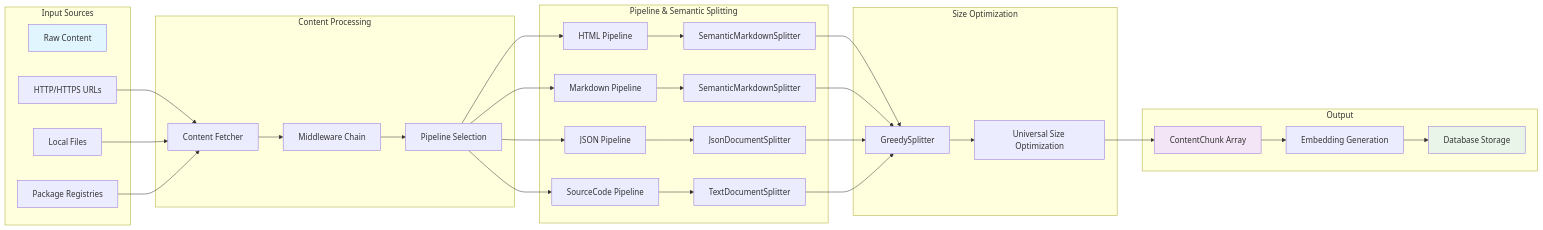
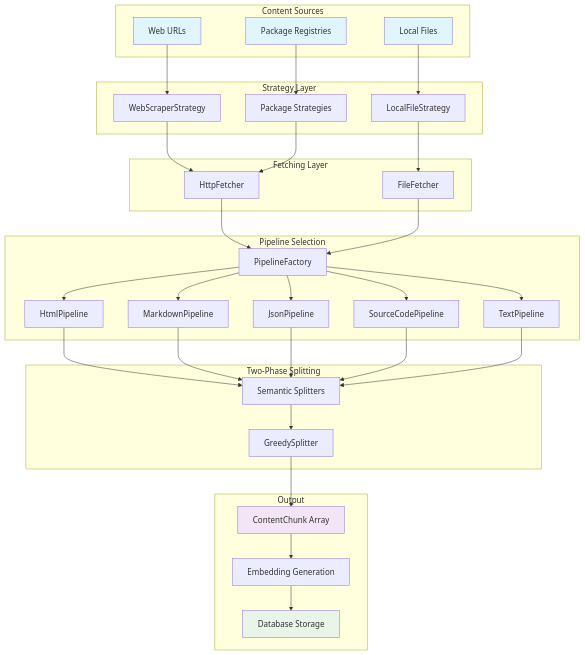
The first of 4 diagrams in docs/content-processing.md (arabold/docs-mcp-server), drawn with Mermaid before and after one commit. The commit also changed other lines of this file and 2 other files, not shown here.

Commit message:
docs: update architecture and content processing documentation for clarity and structure

````diff
--- a/docs/content-processing.md
+++ b/docs/content-processing.md
@@ -124,57 +77,73 @@
 ```mermaid
-graph LR
-    subgraph "Input Sources"
-        A[Raw Content]
-        A1[HTTP/HTTPS URLs]
+graph TD
+    subgraph "Content Sources"
+        A1[Web URLs]
         A2[Local Files]
         A3[Package Registries]
     end
 
-    subgraph "Content Processing"
-        B[Content Fetcher]
-        C[Middleware Chain]
-        D[Pipeline Selection]
+    subgraph "Strategy Layer"
+        B1[WebScraperStrategy]
+        B2[LocalFileStrategy]
+        B3[Package Strategies]
     end
 
-    subgraph "Pipeline & Semantic Splitting"
-        E[HTML Pipeline] --> E1[SemanticMarkdownSplitter]
-        F[Markdown Pipeline] --> F1[SemanticMarkdownSplitter]
-        G[JSON Pipeline] --> G1[JsonDocumentSplitter]
-        H[SourceCode Pipeline] --> H1[TextDocumentSplitter]
+    subgraph "Fetching Layer"
+        C1[HttpFetcher]
+        C2[FileFetcher]
     end
 
-    subgraph "Size Optimization"
-        J[GreedySplitter]
-        K[Universal Size Optimization]
+    subgraph "Pipeline Selection"
+        D[PipelineFactory]
+        E1[HtmlPipeline]
+        E2[MarkdownPipeline]
+        E3[JsonPipeline]
+        E4[SourceCodePipeline]
+        E5[TextPipeline]
+    end
+
+    subgraph "Two-Phase Splitting"
+        F1[Semantic Splitters]
+        F2[GreedySplitter]
     end
 
     subgraph "Output"
-        L[ContentChunk Array]
-        M[Embedding Generation]
-        N[Database Storage]
+        G[ContentChunk Array]
+        H[Embedding Generation]
+        I[Database Storage]
     end
 
-    A1 --> B
-    A2 --> B
-    A3 --> B
-    B --> C
-    C --> D
-    D --> E
-    D --> F
-    D --> G
-    D --> H
+    A1 --> B1
+    A2 --> B2
+    A3 --> B3
 
-    E1 --> J
-    F1 --> J
-    G1 --> J
-    H1 --> J
+    B1 --> C1
+    B2 --> C2
+    B3 --> C1
 
-    J --> K
-    K --> L
-    L --> M
-    M --> N
+    C1 --> D
+    C2 --> D
 
-    style A fill:#e1f5fe
-    style L fill:#f3e5f5
-    style N fill:#e8f5e8
+    D --> E1
+    D --> E2
+    D --> E3
+    D --> E4
+    D --> E5
+
+    E1 --> F1
+    E2 --> F1
+    E3 --> F1
+    E4 --> F1
+    E5 --> F1
+
+    F1 --> F2
+    F2 --> G
+    G --> H
+    H --> I
+
+    style A1 fill:#e1f5fe
+    style A2 fill:#e1f5fe
+    style A3 fill:#e1f5fe
+    style G fill:#f3e5f5
+    style I fill:#e8f5e8
 ```
````
